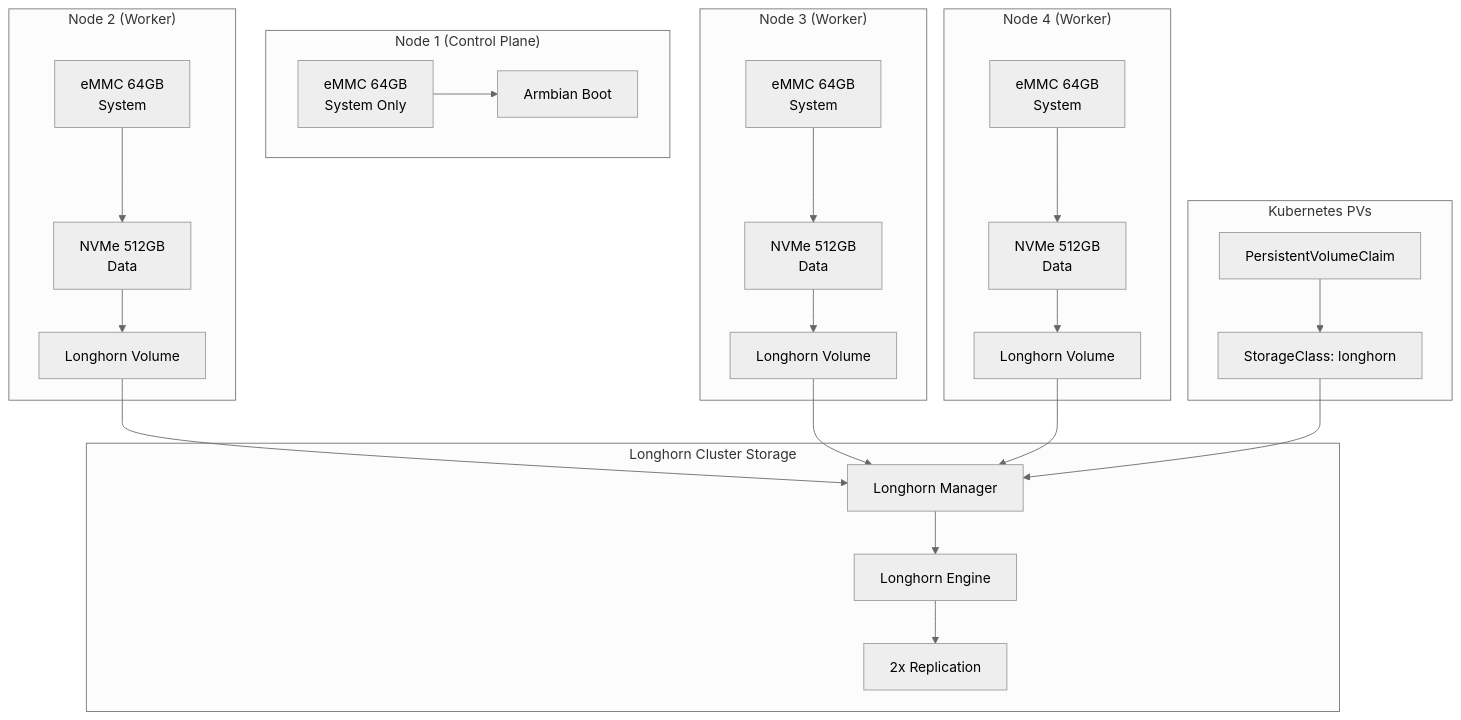
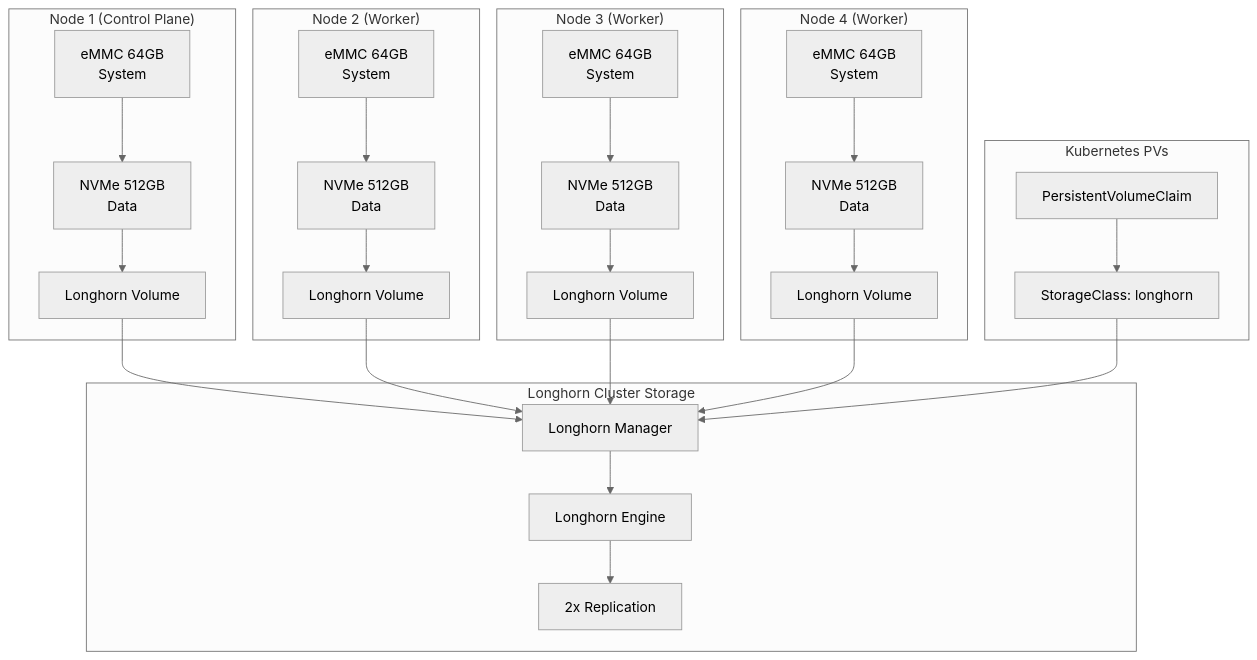
The fifth of 8 diagrams in docs/ARCHITECTURE.md (freed-dev-llc/turing-ansible-cluster), drawn with Mermaid before and after one commit. The commit also changed other lines of this file and 4 other files, not shown here.

First line of the commit message:
docs: address license, org, K3s, and architecture drift (#9)

````diff
--- a/docs/ARCHITECTURE.md
+++ b/docs/ARCHITECTURE.md
@@ -283,58 +283,61 @@
 ```mermaid
 %%{init: {'theme': 'neutral'}}%%
 graph TB
     subgraph "Node 1 (Control Plane)"
-        N1_eMMC[eMMC 64GB<br/>System Only]
-        N1_Boot[Armbian Boot]
+        N1_eMMC[eMMC 64GB<br/>System]
+        N1_NVMe[NVMe 512GB<br/>Data]
+        N1_Longhorn[Longhorn Volume]
     end
 
     subgraph "Node 2 (Worker)"
         N2_eMMC[eMMC 64GB<br/>System]
         N2_NVMe[NVMe 512GB<br/>Data]
         N2_Longhorn[Longhorn Volume]
     end
 
     subgraph "Node 3 (Worker)"
         N3_eMMC[eMMC 64GB<br/>System]
         N3_NVMe[NVMe 512GB<br/>Data]
         N3_Longhorn[Longhorn Volume]
     end
 
     subgraph "Node 4 (Worker)"
         N4_eMMC[eMMC 64GB<br/>System]
         N4_NVMe[NVMe 512GB<br/>Data]
         N4_Longhorn[Longhorn Volume]
     end
 
     subgraph "Longhorn Cluster Storage"
         Manager[Longhorn Manager]
         Engine[Longhorn Engine]
         Replica2[2x Replication]
     end
 
     subgraph "Kubernetes PVs"
         PVC[PersistentVolumeClaim]
         SC[StorageClass: longhorn]
     end
 
-    N1_eMMC --> N1_Boot
+    N1_eMMC --> N1_NVMe
+    N1_NVMe --> N1_Longhorn
 
     N2_eMMC --> N2_NVMe
     N2_NVMe --> N2_Longhorn
 
     N3_eMMC --> N3_NVMe
     N3_NVMe --> N3_Longhorn
 
     N4_eMMC --> N4_NVMe
     N4_NVMe --> N4_Longhorn
 
+    N1_Longhorn --> Manager
     N2_Longhorn --> Manager
     N3_Longhorn --> Manager
     N4_Longhorn --> Manager
 
     Manager --> Engine
     Engine --> Replica2
 
     PVC --> SC
     SC --> Manager
 ```
````
